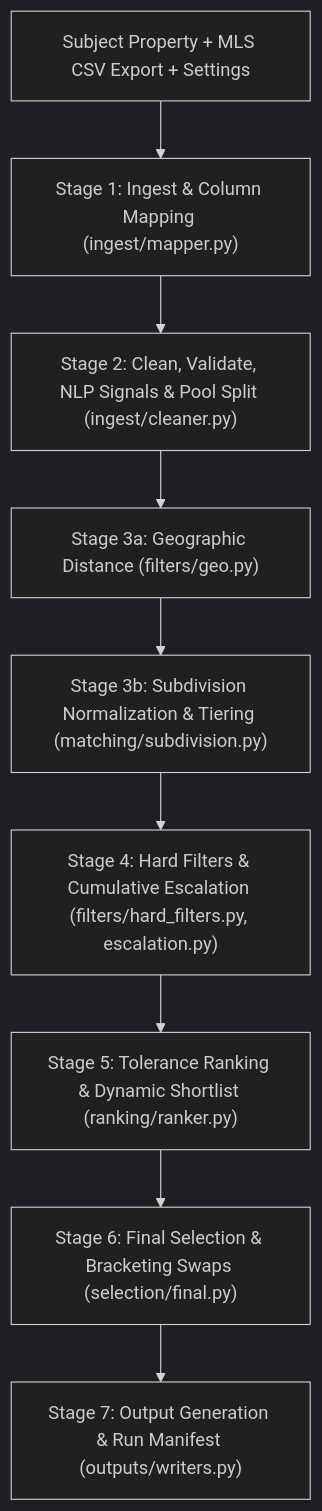
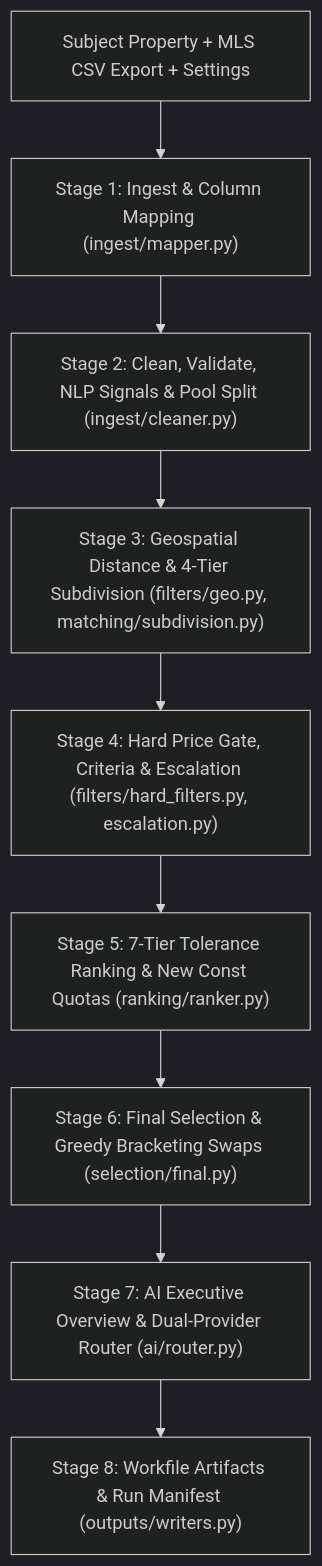
Before and after one commit to baderGorchene/comps-pipeline: the diagram in docs/architecture.md, drawn with Mermaid (dark theme). The commit also changed other lines of this file, not shown here.

Commit message:
docs: add comprehensive system architecture documentation

````diff
--- a/docs/architecture.md
+++ b/docs/architecture.md
@@ -18,11 +18,11 @@
 ```mermaid
 flowchart TD
     A["Subject Property + MLS CSV Export + Settings"] --> B["Stage 1: Ingest & Column Mapping (ingest/mapper.py)"]
     B --> C["Stage 2: Clean, Validate, NLP Signals & Pool Split (ingest/cleaner.py)"]
-    C --> D["Stage 3a: Geographic Distance (filters/geo.py)"]
-    D --> E["Stage 3b: Subdivision Normalization & Tiering (matching/subdivision.py)"]
-    E --> F["Stage 4: Hard Filters & Cumulative Escalation (filters/hard_filters.py, escalation.py)"]
-    F --> G["Stage 5: Tolerance Ranking & Dynamic Shortlist (ranking/ranker.py)"]
-    G --> H["Stage 6: Final Selection & Bracketing Swaps (selection/final.py)"]
-    H --> I["Stage 7: Output Generation & Run Manifest (outputs/writers.py)"]
+    C --> D["Stage 3: Geospatial Distance & 4-Tier Subdivision (filters/geo.py, matching/subdivision.py)"]
+    D --> E["Stage 4: Hard Price Gate, Criteria & Escalation (filters/hard_filters.py, escalation.py)"]
+    E --> F["Stage 5: 7-Tier Tolerance Ranking & New Const Quotas (ranking/ranker.py)"]
+    F --> G["Stage 6: Final Selection & Greedy Bracketing Swaps (selection/final.py)"]
+    G --> H["Stage 7: AI Executive Overview & Dual-Provider Router (ai/router.py)"]
+    H --> I["Stage 8: Workfile Artifacts & Run Manifest (outputs/writers.py)"]
 ```
````
